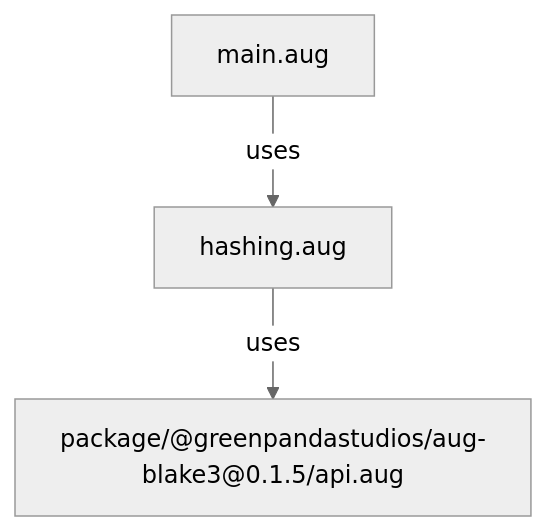
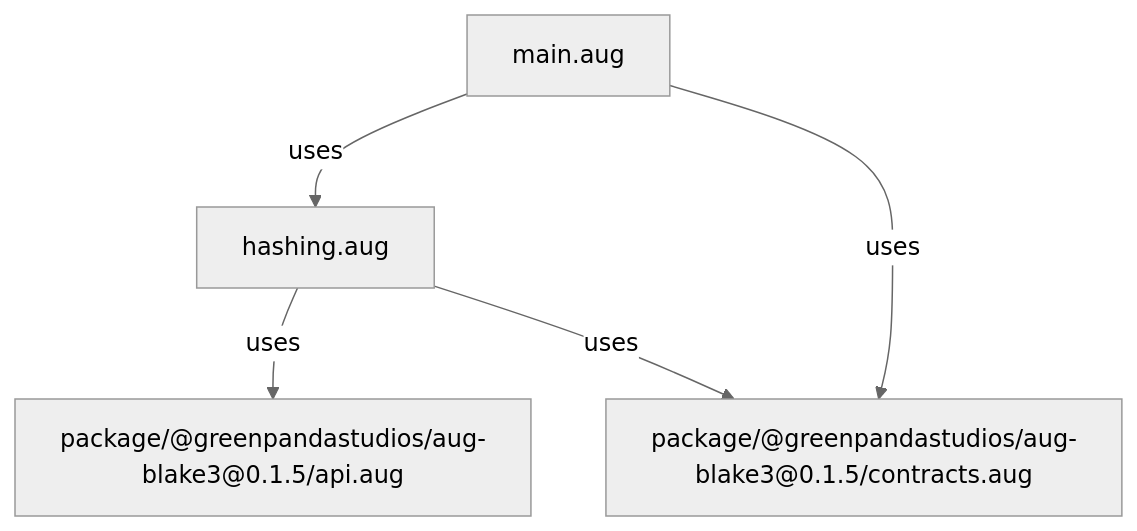
The second of 2 diagrams in docs/examples/native-blake3/diagrams/index.md (GreenPandaStudios/augscript), drawn with Mermaid (neutral theme) before and after one commit. The commit also changed other lines of this file and 289 other files, not shown here.

Commit message:
Correct diagram control flow and complete generated wiki navigation

````diff
--- a/docs/examples/native-blake3/diagrams/index.md
+++ b/docs/examples/native-blake3/diagrams/index.md
@@ -30,8 +30,11 @@
 ```mermaid
 flowchart TD
     n0["hashing.aug"]
     n1["main.aug"]
     n2["package/@greenpandastudios/aug-blake3@0.1.5/api.aug"]
+    n3["package/@greenpandastudios/aug-blake3@0.1.5/contracts.aug"]
     n0 -->|"uses"| n2
+    n0 -->|"uses"| n3
     n1 -->|"uses"| n0
+    n1 -->|"uses"| n3
 ```
````
